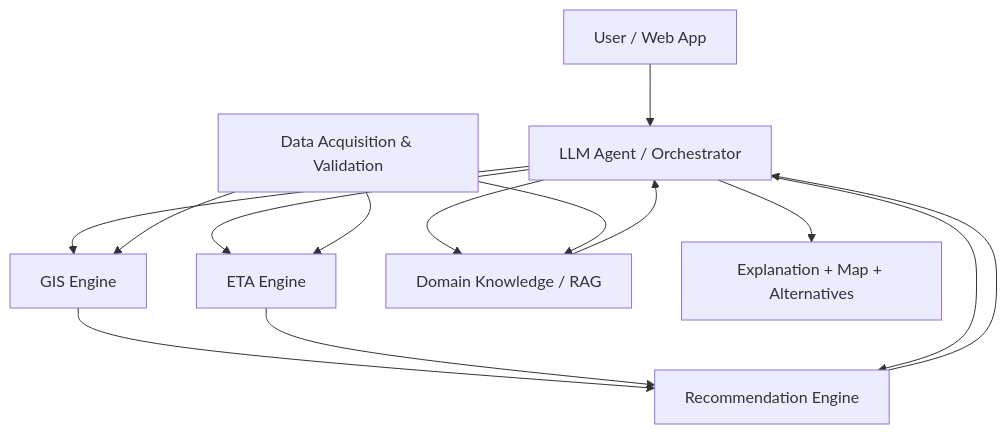
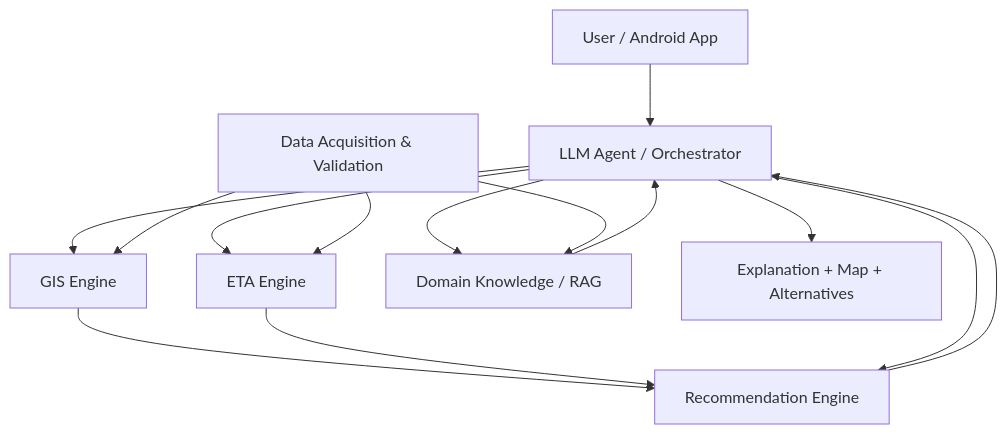
One commit to RyanYeh57/GarbageGo changed the diagram in DESIGN.md. Above: the diagram before and after it, drawn with Mermaid. The commit also changed other lines of this file and 2 other files, not shown here.

First line of the commit message:
docs: record P1 tech decisions and switch client to Android

````diff
--- a/DESIGN.md
+++ b/DESIGN.md
@@ -90,16 +90,16 @@
 ```mermaid
 flowchart TD
-    U[User / Web App] --> A[LLM Agent / Orchestrator]
+    U[User / Android App] --> A[LLM Agent / Orchestrator]
     A --> G[GIS Engine]
     A --> E[ETA Engine]
     A --> K[Domain Knowledge / RAG]
     G --> R[Recommendation Engine]
     E --> R
     K --> A
     A --> R
     R --> A
     A --> O[Explanation + Map + Alternatives]
     D[Data Acquisition & Validation] --> G
     D --> E
     D --> K
 ```
````
